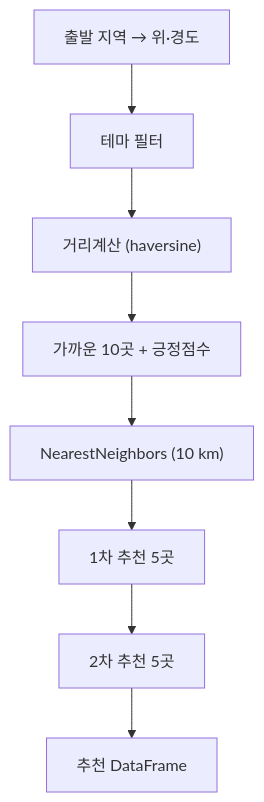
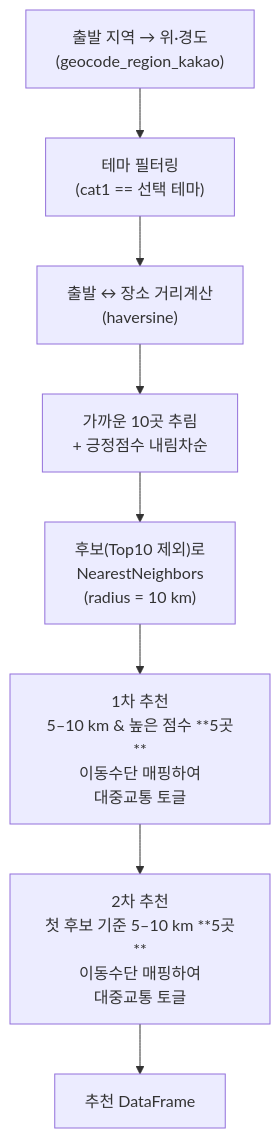
One commit to leehj24/Seoul_Strolling_Adventure changed the third of 3 diagrams in README.md. Above: the diagram before and after it, drawn with Mermaid. The commit also changed other lines of this file, not shown here.

````diff
--- a/README.md
+++ b/README.md
@@ -98,10 +99,15 @@
-```mermaid
-graph TD
-    A["출발 지역 → 위·경도"] --> B["테마 필터"]
-    B --> C["거리계산 (haversine)"]
-    C --> D["가까운 10곳 + 긍정점수"]
-    D --> E["NearestNeighbors (10 km)"]
-    E --> F["1차 추천 5곳"]
-    F --> G["2차 추천 5곳"]
-    G --> H["추천 DataFrame"]
-```
+    ```mermaid
+        graph TD
+        %% ────────  노드 정의 ────────
+        A["출발 지역 → 위·경도<br/>(geocode_region_kakao)"]
+        B["테마 필터링<br/>(cat1 == 선택 테마)"]
+        C["출발 ↔ 장소 거리계산<br/>(haversine)"]
+        D["가까운 10곳 추림<br/>+ 긍정점수 내림차순"]
+        E["후보(Top10 제외)로<br/>NearestNeighbors<br/>(radius = 10 km)"]
+        F["1차 추천<br/>5–10 km & 높은 점수 **5곳**<br/>이동수단 매핑하여<br/>대중교통 토글"]
+        G["2차 추천<br/>첫 후보 기준 5–10 km **5곳**<br/>이동수단 매핑하여<br/>대중교통 토글"]
+        H["추천 DataFrame"]
+    
+        %% ────────  연결선 ────────
+        A --> B --> C --> D --> E --> F --> G --> H
+    ```
````
